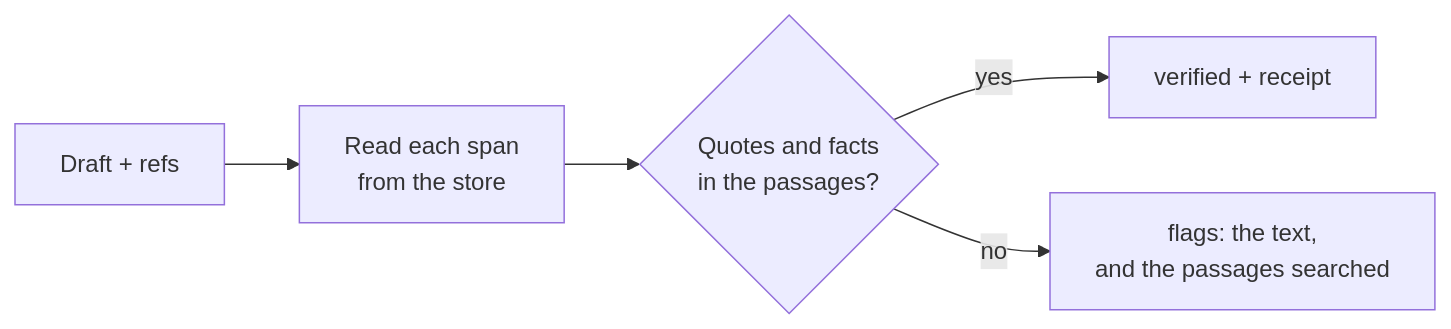
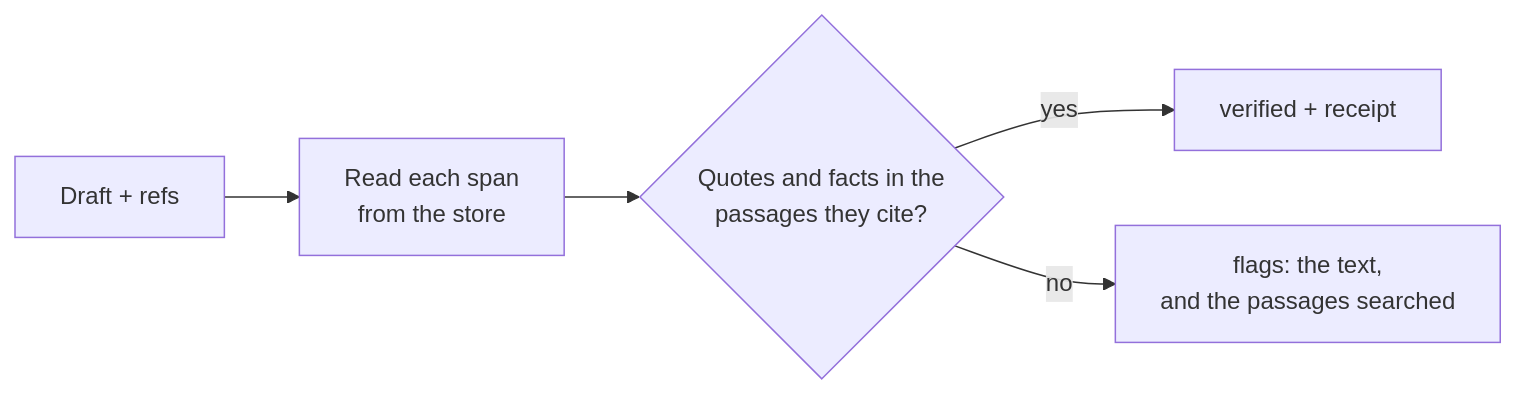
One commit to boudou/StrataKB changed diagram 13 of 17 in README.md. Above: the diagram before and after it, drawn with Mermaid. The commit also changed other lines of this file and 5 other files, not shown here.

````diff
--- a/README.md
+++ b/README.md
@@ -464,7 +464,7 @@
 ```mermaid
 flowchart LR
     D["Draft + refs"] --> T["Read each span<br/>from the store"]
-    T --> C{Quotes and facts<br/>in the passages?}
+    T --> C{Quotes and facts in the<br/>passages they cite?}
     C -->|yes| V["verified + receipt"]
     C -->|no| F["flags: the text,<br/>and the passages searched"]
 ```
````
